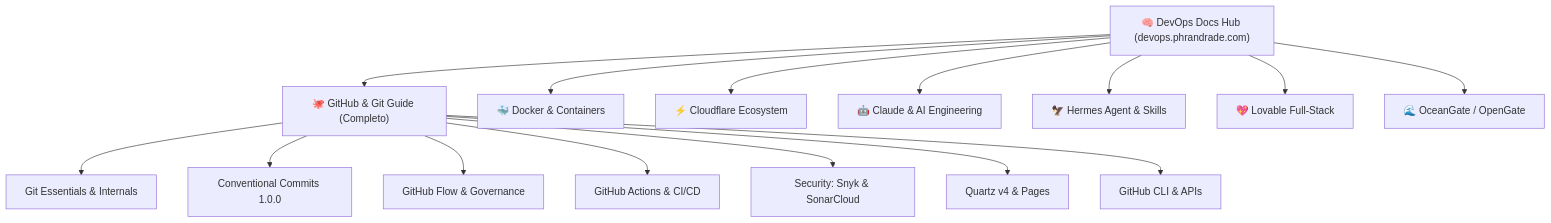
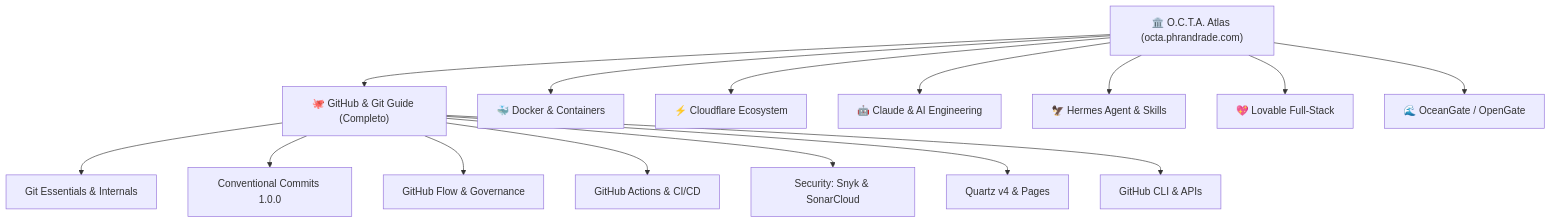
One commit to pedroiff0/devops-guide changed the diagram in README.md. Above: the diagram before and after it, drawn with Mermaid. The commit also changed other lines of this file and 14 other files, not shown here.

Commit message:
feat(branding): renomear projeto para O.C.T.A. (Omni Clarified Technical Atlas) e migrar dominio para octa.phrandrade.com

````diff
--- a/README.md
+++ b/README.md
@@ -34,19 +34,19 @@
 ```mermaid
 graph TD
-    Hub["🧠 DevOps Docs Hub (devops.phrandrade.com)"]
+    Hub["🏛️ O.C.T.A. Atlas (octa.phrandrade.com)"]
     Hub --> GitHub["🐙 GitHub & Git Guide (Completo)"]
     Hub --> Docker["🐳 Docker & Containers"]
     Hub --> Cloudflare["⚡ Cloudflare Ecosystem"]
     Hub --> Claude["🤖 Claude & AI Engineering"]
     Hub --> Hermes["🦅 Hermes Agent & Skills"]
     Hub --> Lovable["💖 Lovable Full-Stack"]
     Hub --> OceanGate["🌊 OceanGate / OpenGate"]
 
     GitHub --> G1["Git Essentials & Internals"]
     GitHub --> G2["Conventional Commits 1.0.0"]
     GitHub --> G3["GitHub Flow & Governance"]
     GitHub --> G4["GitHub Actions & CI/CD"]
     GitHub --> G5["Security: Snyk & SonarCloud"]
     GitHub --> G6["Quartz v4 & Pages"]
     GitHub --> G7["GitHub CLI & APIs"]
 ```
````
